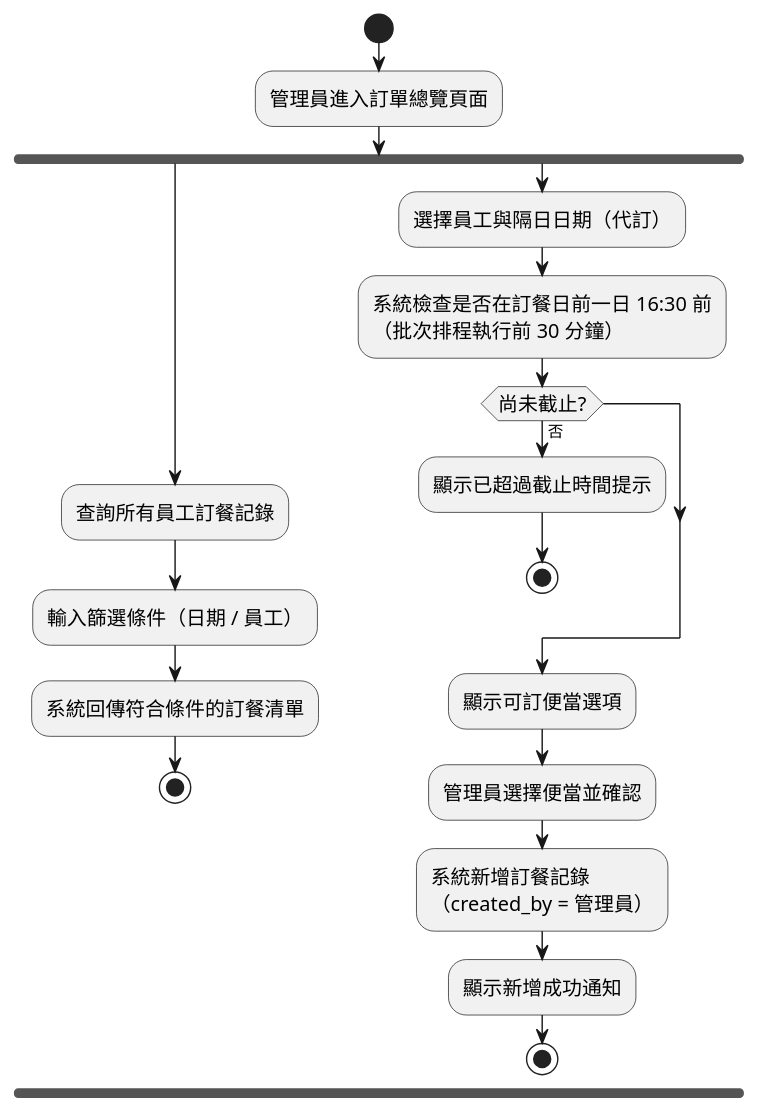
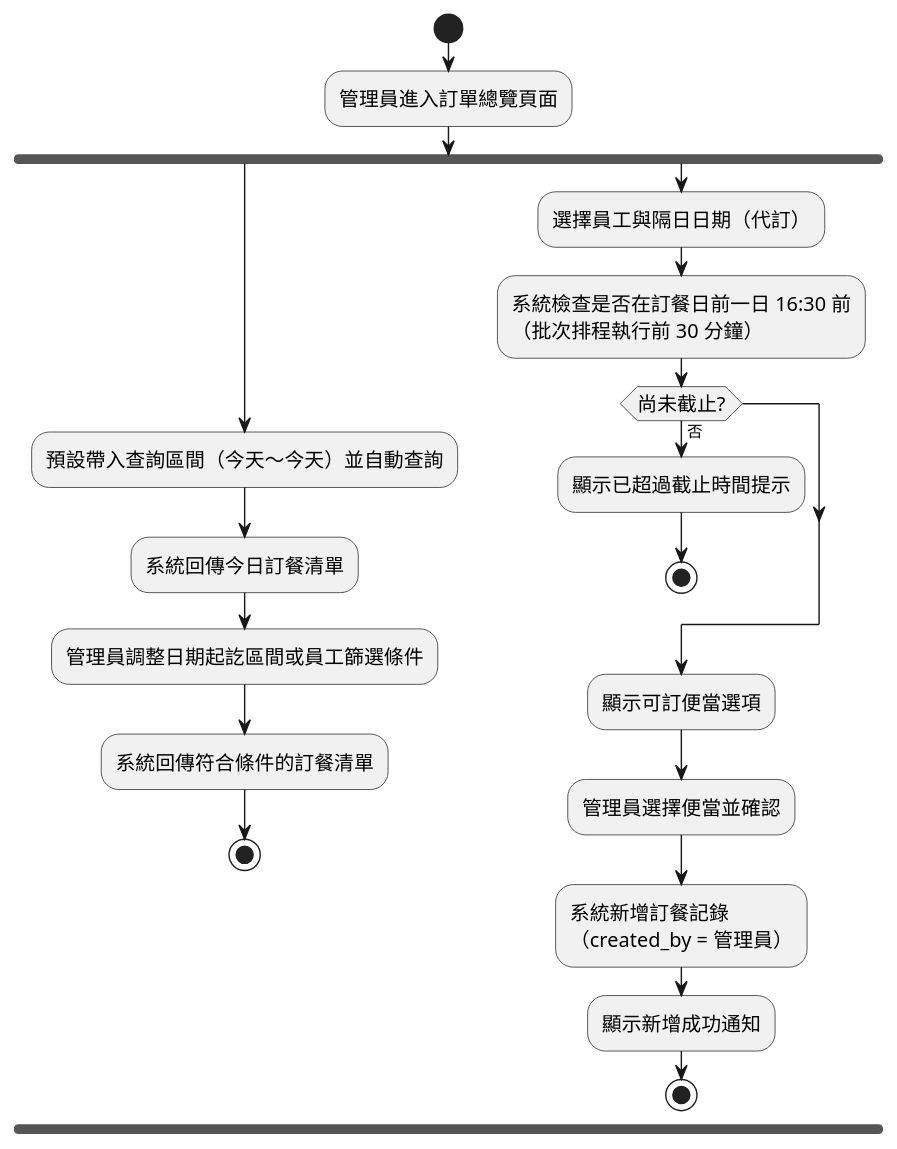
The diagram in output/A006/A006-activity.puml (teyhawzhe/bento-uml), drawn with PlantUML before and after one commit. The commit also changed 2 other files, not shown here.

```diff
--- a/output/A006/A006-activity.puml
+++ b/output/A006/A006-activity.puml
@@ -1,29 +1,30 @@
 @startuml A006-activity
 skinparam activityFontSize 14
 start
 
 :管理員進入訂單總覽頁面;
 
 fork
-    :查詢所有員工訂餐記錄;
-    :輸入篩選條件（日期 / 員工）;
+    :預設帶入查詢區間（今天～今天）並自動查詢;
+    :系統回傳今日訂餐清單;
+    :管理員調整日期起訖區間或員工篩選條件;
     :系統回傳符合條件的訂餐清單;
     stop
 
 fork again
     :選擇員工與隔日日期（代訂）;
     :系統檢查是否在訂餐日前一日 16:30 前\n（批次排程執行前 30 分鐘）;
 
     if (尚未截止?) then (否)
         :顯示已超過截止時間提示;
         stop
     endif
 
     :顯示可訂便當選項;
     :管理員選擇便當並確認;
     :系統新增訂餐記錄\n（created_by = 管理員）;
     :顯示新增成功通知;
     stop
 
 end fork
 @enduml
```
